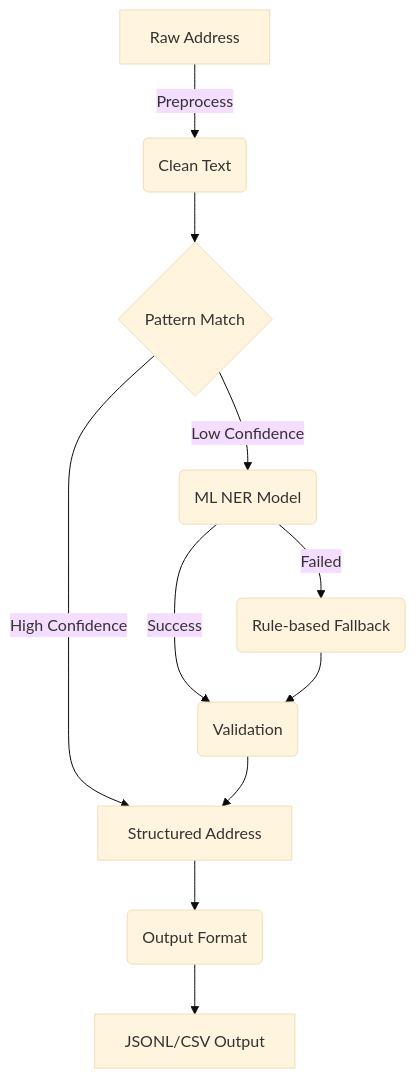
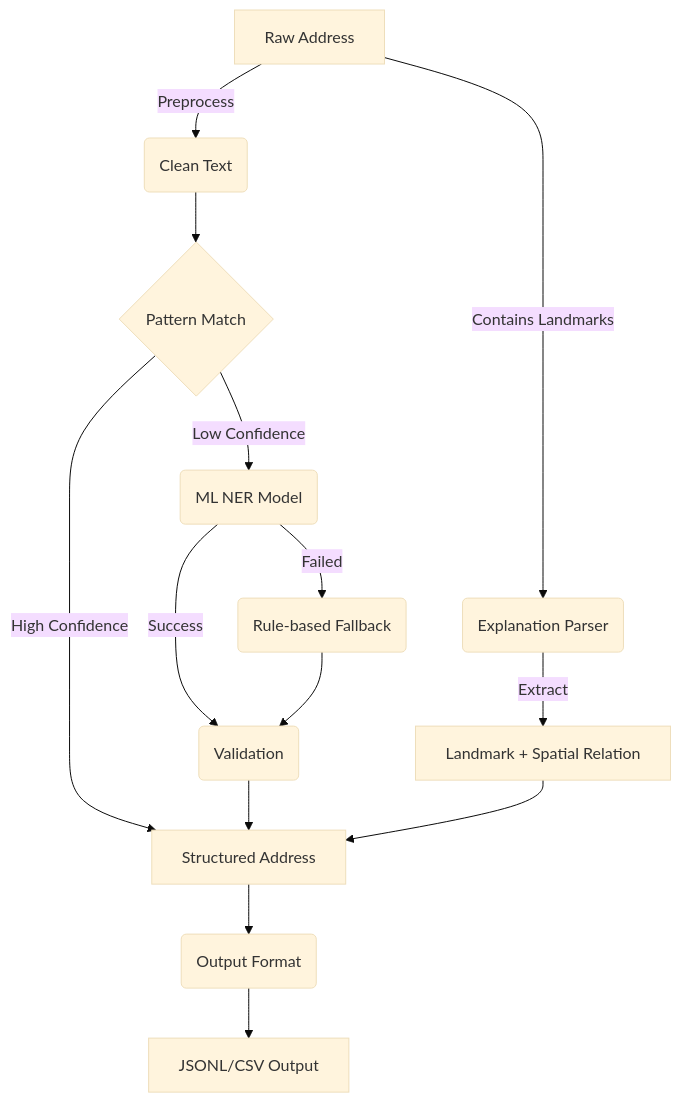
One commit to merenert/PreprocessingV2.0 changed the diagram in README.md. Above: the diagram before and after it, drawn with Mermaid (base theme). The commit also changed other lines of this file and 18 other files, not shown here.

````diff
--- a/README.md
+++ b/README.md
@@ -16,13 +17,16 @@
 ```mermaid
 graph TD
     A[Raw Address] -->|Preprocess| B(Clean Text)
+    A -->|Contains Landmarks| K(Explanation Parser)
+    K -->|Extract| L[Landmark + Spatial Relation]
     B --> C{Pattern Match}
     C -->|High Confidence| G[Structured Address]
     C -->|Low Confidence| D(ML NER Model)
     D -->|Success| E(Validation)
     D -->|Failed| F(Rule-based Fallback)
     F --> E
     E --> G
+    L --> G
     G --> H(Output Format)
     H --> I[JSONL/CSV Output]
 ```
````
